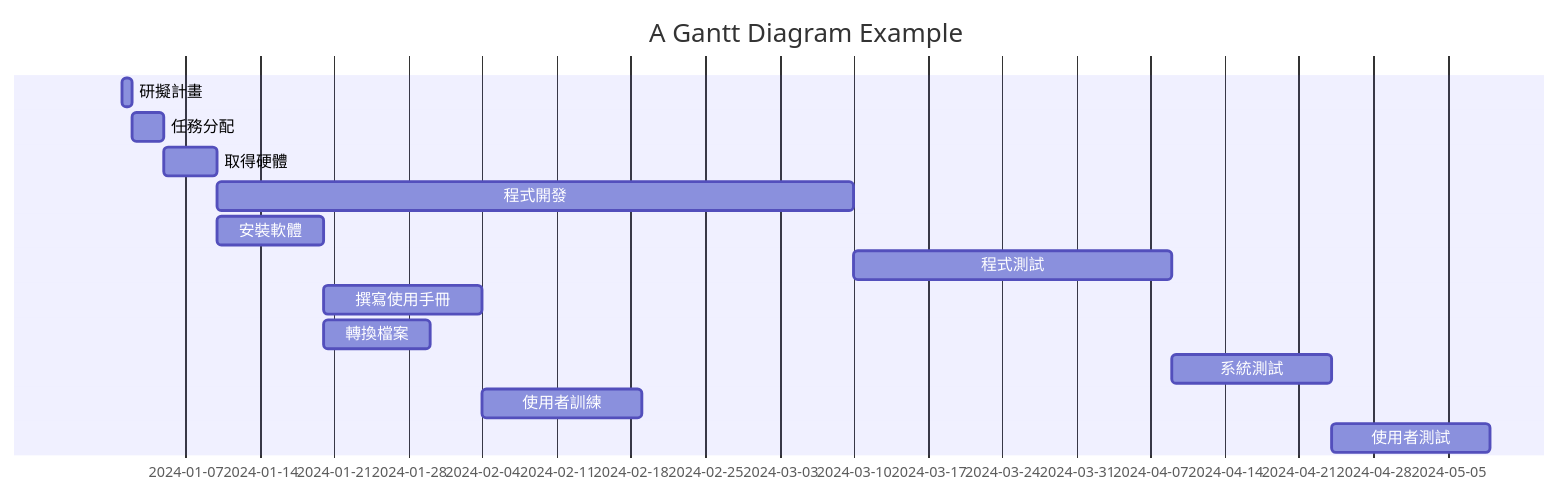
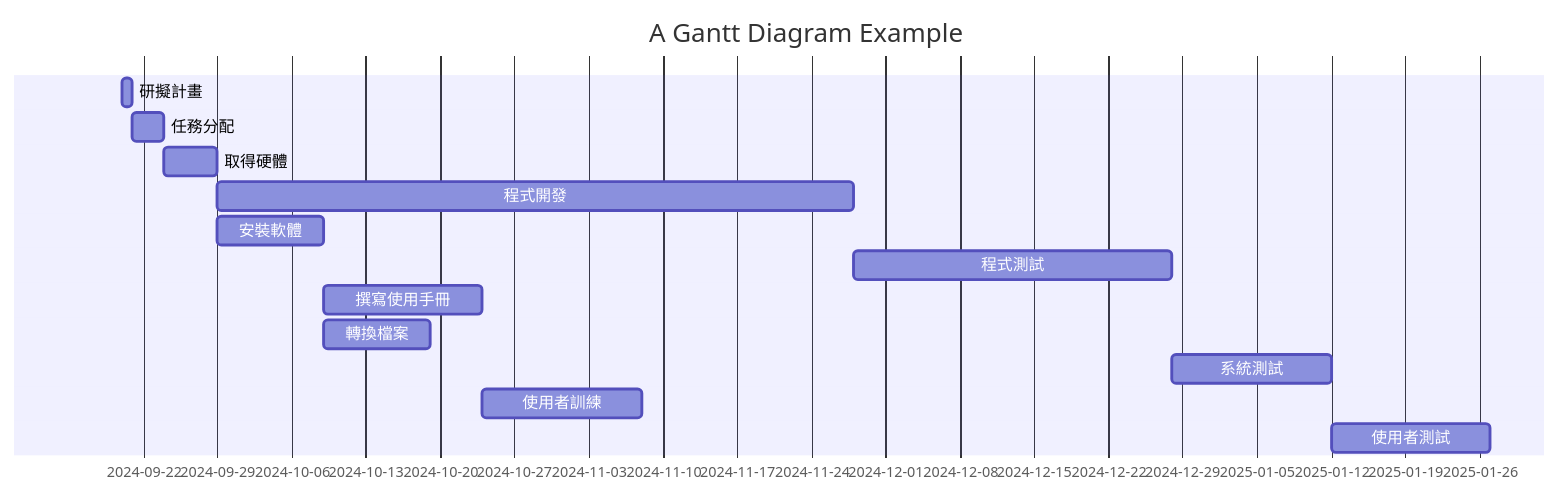
The first of 3 diagrams in hw2.md (koreanfish1450/homework), drawn with Mermaid before and after one commit.

````diff
--- a/hw2.md
+++ b/hw2.md
@@ -1,21 +1,21 @@
 ```mermaid
 gantt
     title A Gantt Diagram Example
 
     dateFormat  YYYY-MM-DD
     axisFormat  %Y-%m-%d
 
-    研擬計畫           :a1, 2024-01-01, 1d
+    研擬計畫           :a1, 2024-09-20, 1d
     任務分配           :a2, after a1, 3d
     取得硬體           :a3, after a2, 5d
 
     程式開發           :a4, after a3, 60d
     安裝軟體           :a5, after a3, 10d
 
     程式測試           :a6, after a4, 30d
     撰寫使用手冊        :a7, after a5, 15d
     轉換檔案           :a8, after a5, 10d
     系統測試           :a9, after a6, 15d
     使用者訓練         :a10, after a7, 15d
     使用者測試         :a11, after a9, 15d
 ```
````
